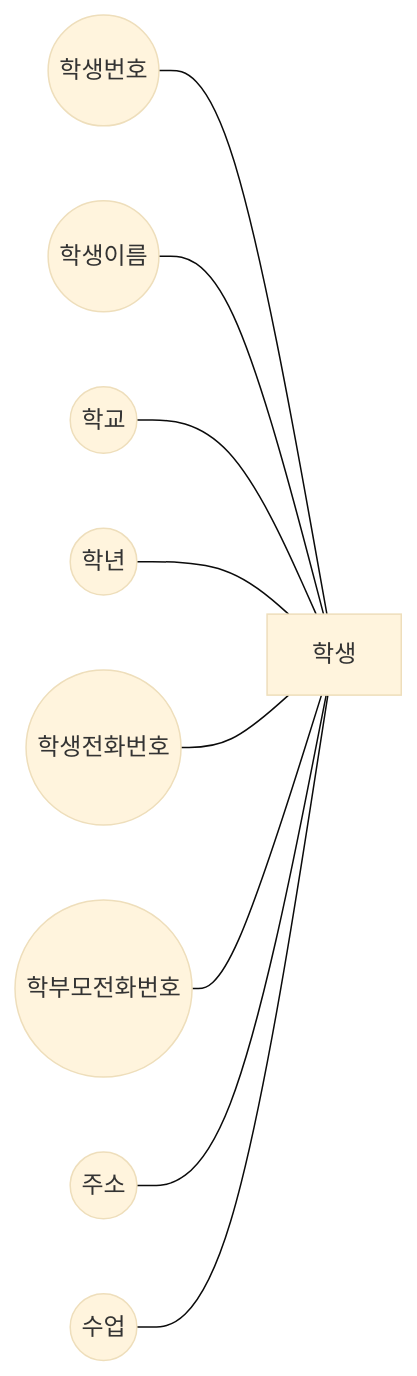
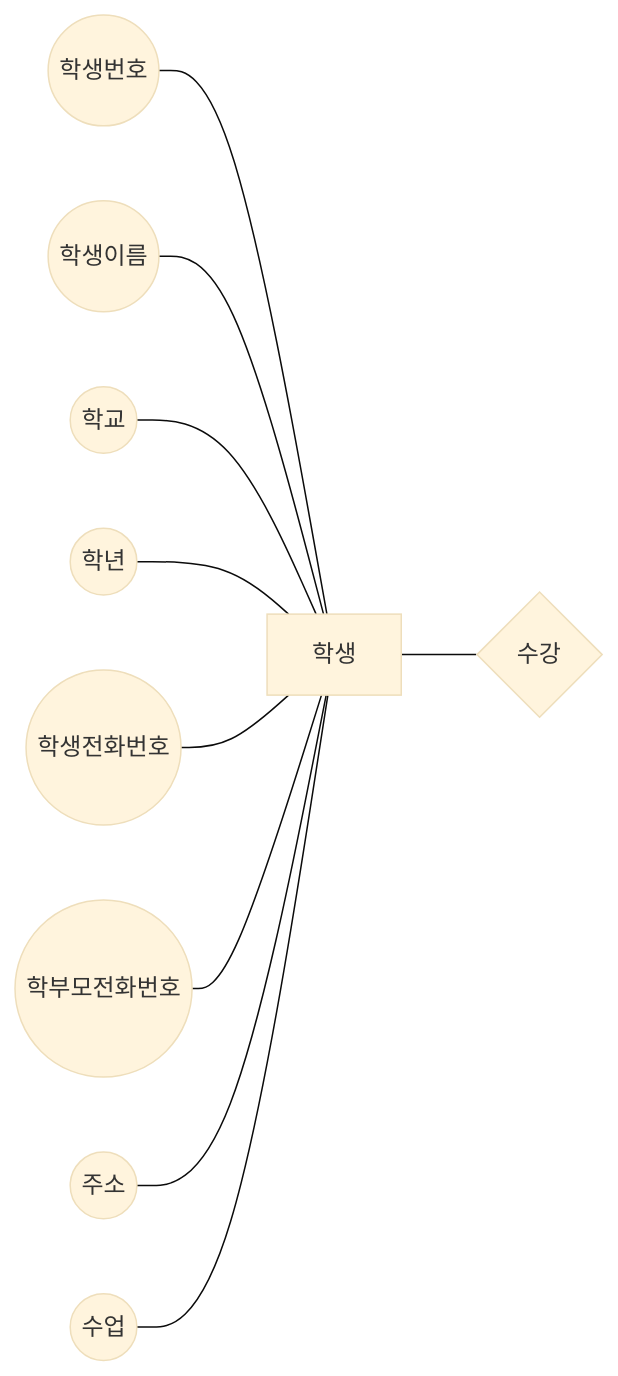
The second of 2 diagrams in README(키 설명 추가).md (HYUUUNAKIM/DB_project), drawn with Mermaid (base theme) before and after one commit.

Commit message:
Update README(키 설명 추가).md

````diff
--- a/README(키 설명 추가).md
+++ b/README(키 설명 추가).md
@@ -180,11 +180,12 @@
 ```mermaid
 graph LR
 A((학생번호))---S[학생]
 B((학생이름))---S[학생]
 C((학교))---S[학생]
 D((학년))---S[학생]
 E((학생전화번호))---S[학생]
 F((학부모전화번호))---S[학생]
 G((주소))---S[학생]
 H((수업))---S[학생]
+S---J{수강}
 ```
````
